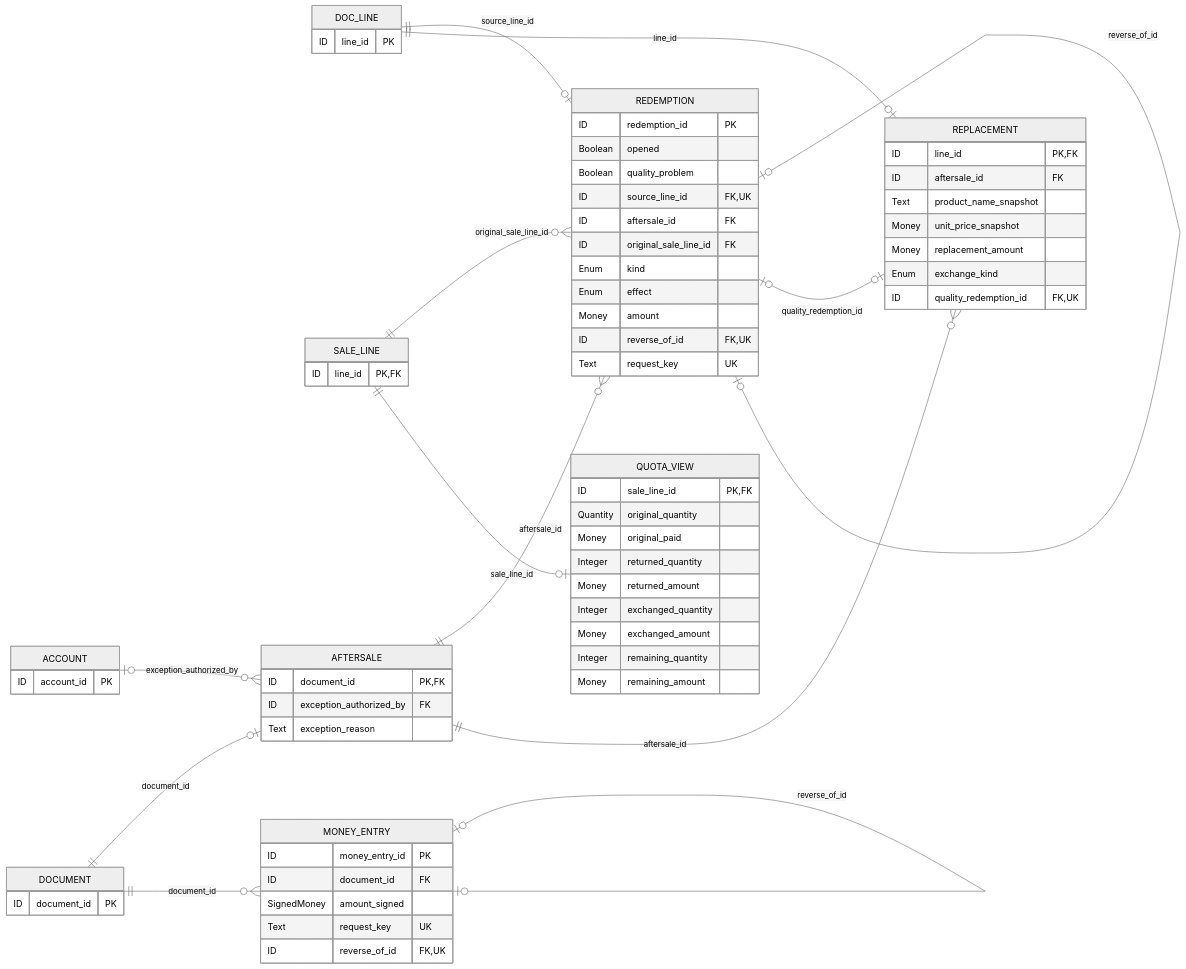
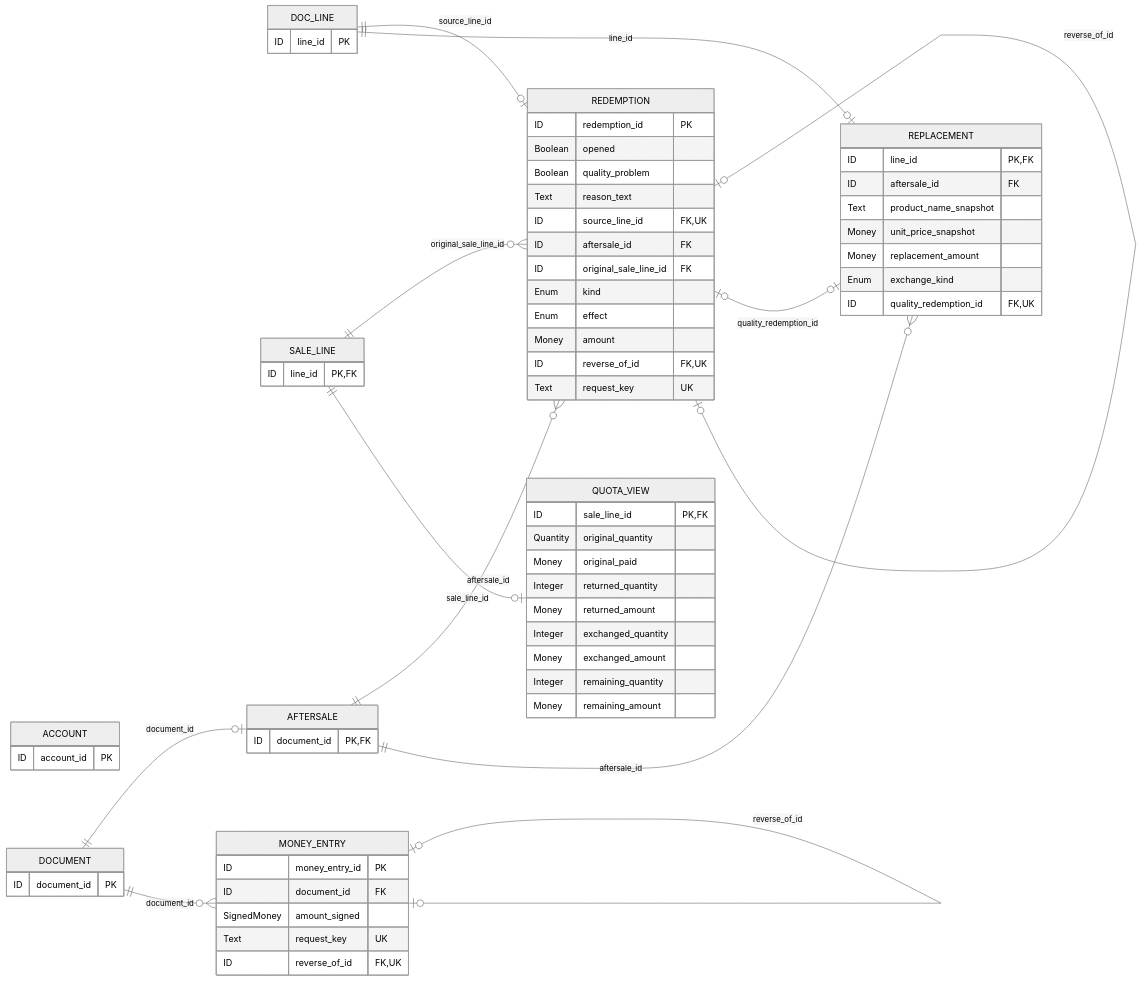
One commit to Noctis-SiKong/supermarket-management changed the fourth of 4 diagrams in docs/Project_ERD.md. Above: the diagram before and after it, drawn with Mermaid (neutral theme). The commit also changed other lines of this file and 8 other files, not shown here.

Commit message:
docs: apply CR07-10 return reason without manager exception

````diff
--- a/docs/Project_ERD.md
+++ b/docs/Project_ERD.md
@@ -265,73 +265,71 @@
 ```mermaid
 erDiagram
     direction LR
     ACCOUNT {
         ID account_id PK
     }
     DOCUMENT {
         ID document_id PK
     }
     DOC_LINE {
         ID line_id PK
     }
     SALE_LINE {
         ID line_id PK,FK
     }
     AFTERSALE {
         ID document_id PK,FK
-        ID exception_authorized_by FK
-        Text exception_reason
     }
     REDEMPTION {
         ID redemption_id PK
         Boolean opened
         Boolean quality_problem
+        Text reason_text
         ID source_line_id FK,UK
         ID aftersale_id FK
         ID original_sale_line_id FK
         Enum kind
         Enum effect
         Money amount
         ID reverse_of_id FK,UK
         Text request_key UK
     }
     REPLACEMENT {
         ID line_id PK,FK
         ID aftersale_id FK
         Text product_name_snapshot
         Money unit_price_snapshot
         Money replacement_amount
         Enum exchange_kind
         ID quality_redemption_id FK,UK
     }
     MONEY_ENTRY {
         ID money_entry_id PK
         ID document_id FK
         SignedMoney amount_signed
         Text request_key UK
         ID reverse_of_id FK,UK
     }
     QUOTA_VIEW {
         ID sale_line_id PK,FK
         Quantity original_quantity
         Money original_paid
         Integer returned_quantity
         Money returned_amount
         Integer exchanged_quantity
         Money exchanged_amount
         Integer remaining_quantity
         Money remaining_amount
     }
     DOCUMENT ||--o| AFTERSALE : "document_id"
-    ACCOUNT o|--o{ AFTERSALE : "exception_authorized_by"
     DOC_LINE ||--o| REDEMPTION : "source_line_id"
     AFTERSALE ||--o{ REDEMPTION : "aftersale_id"
     SALE_LINE ||--o{ REDEMPTION : "original_sale_line_id"
     REDEMPTION o|--o| REDEMPTION : "reverse_of_id"
     DOC_LINE ||--o| REPLACEMENT : "line_id"
     AFTERSALE ||--o{ REPLACEMENT : "aftersale_id"
     DOCUMENT ||--o{ MONEY_ENTRY : "document_id"
     MONEY_ENTRY o|--o| MONEY_ENTRY : "reverse_of_id"
     SALE_LINE ||--o| QUOTA_VIEW : "sale_line_id"
     REDEMPTION o|--o| REPLACEMENT : "quality_redemption_id"
 ```
````
